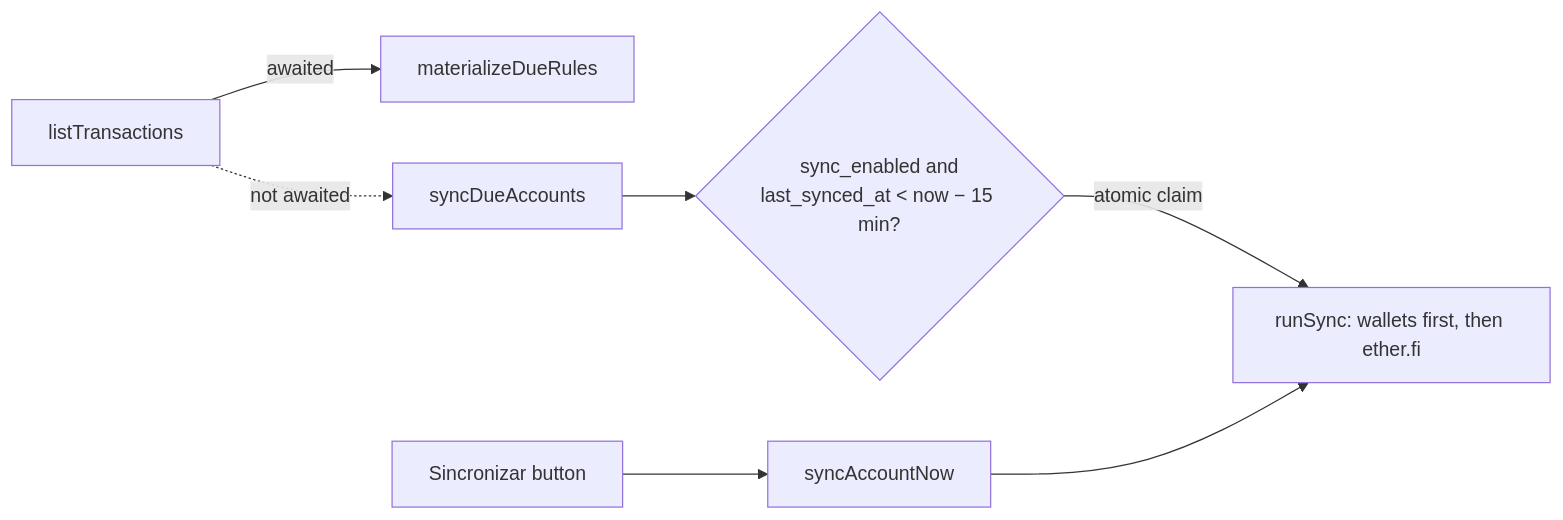
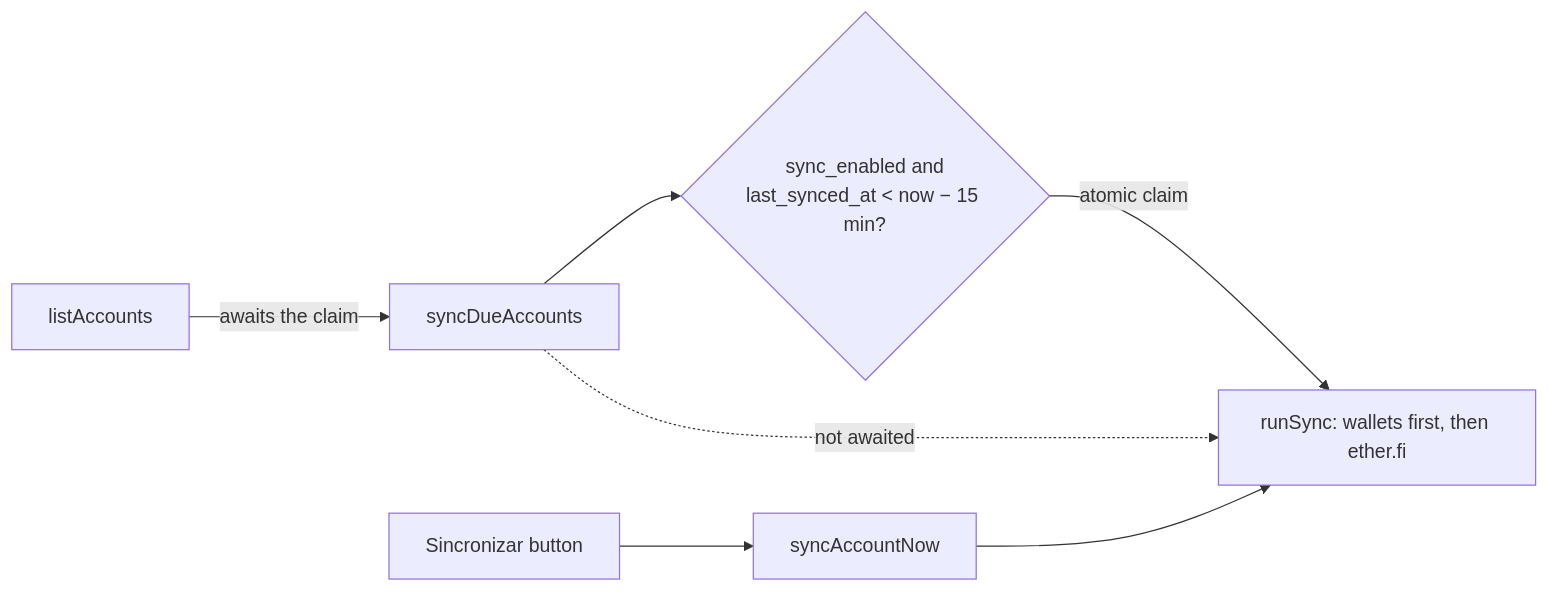
Before and after one commit to pikonha/grana: the diagram in docs/crypto-sync.md, drawn with Mermaid. The commit also changed other lines of this file and 5 other files, not shown here.

````diff
--- a/docs/crypto-sync.md
+++ b/docs/crypto-sync.md
@@ -24,8 +24,8 @@
 ```mermaid
 flowchart LR
-  A[listTransactions] -->|awaited| B[materializeDueRules]
-  A -.->|not awaited| C[syncDueAccounts]
+  A[listAccounts] -->|awaits the claim| C[syncDueAccounts]
   C --> D{sync_enabled and\nlast_synced_at < now − 15 min?}
   D -->|atomic claim| E[runSync: wallets first, then ether.fi]
+  C -.->|not awaited| E
   F[Sincronizar button] --> G[syncAccountNow] --> E
 ```
````
